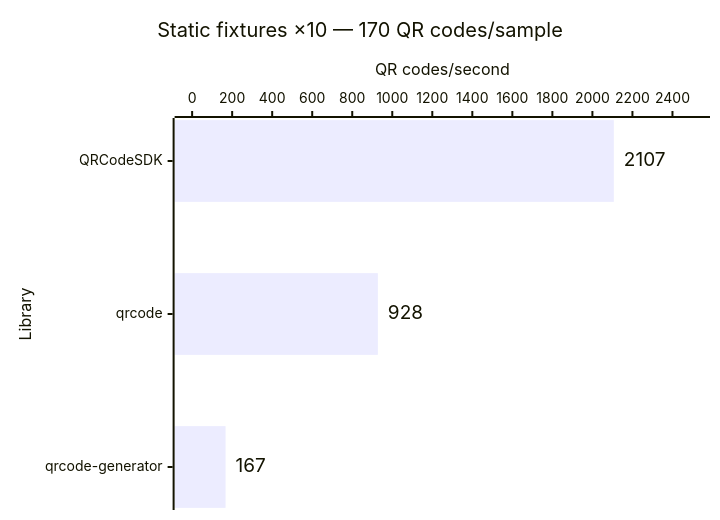
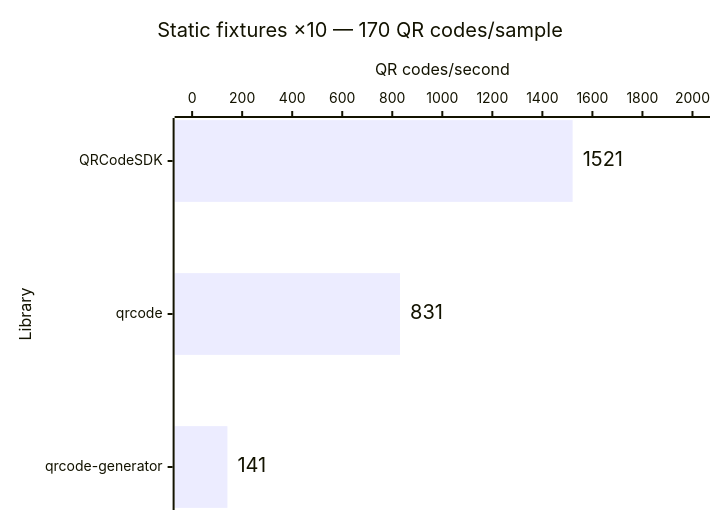
One commit to Dafnik/qrcodesdk changed the sixth of 14 diagrams in apps/docs/src/content/docs/learn/performance.md. Above: the diagram before and after it, drawn with Mermaid. The commit also changed other lines of this file and 2 other files, not shown here.

````diff
--- a/apps/docs/src/content/docs/learn/performance.md
+++ b/apps/docs/src/content/docs/learn/performance.md
@@ -131,15 +131,15 @@
 ```mermaid
 ---
 config:
   xyChart:
     showDataLabel: true
     showDataLabelOutsideBar: true
 ---
 xychart horizontal
   accTitle: Automatic matrix generation: Static fixtures ×10 — 170 QR codes/sample
-  accDescr: Throughput calculated from median time. QRCodeSDK 2,107 QR codes per second, qrcode 928 QR codes per second, qrcode-generator 167 QR codes per second. Higher is better.
+  accDescr: Throughput calculated from median time. QRCodeSDK 1,521 QR codes per second, qrcode 831 QR codes per second, qrcode-generator 141 QR codes per second. Higher is better.
   title "Static fixtures ×10 — 170 QR codes/sample"
   x-axis "Library" ["QRCodeSDK", "qrcode", "qrcode-generator"]
-  y-axis "QR codes/second" 0 --> 2500
-  bar [2107, 928, 167]
+  y-axis "QR codes/second" 0 --> 2000
+  bar [1521, 831, 141]
 ```
````
